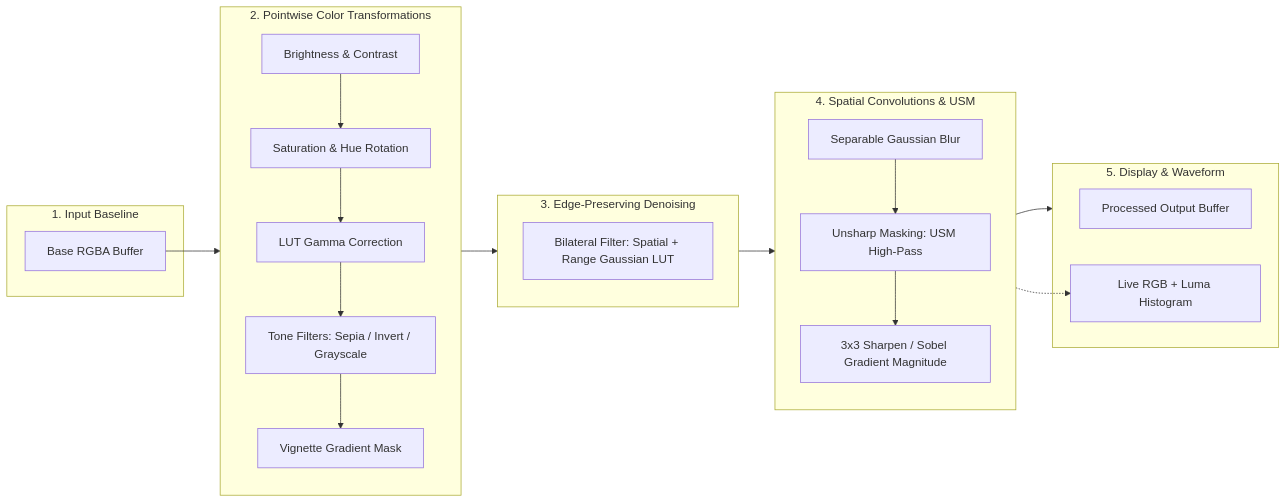
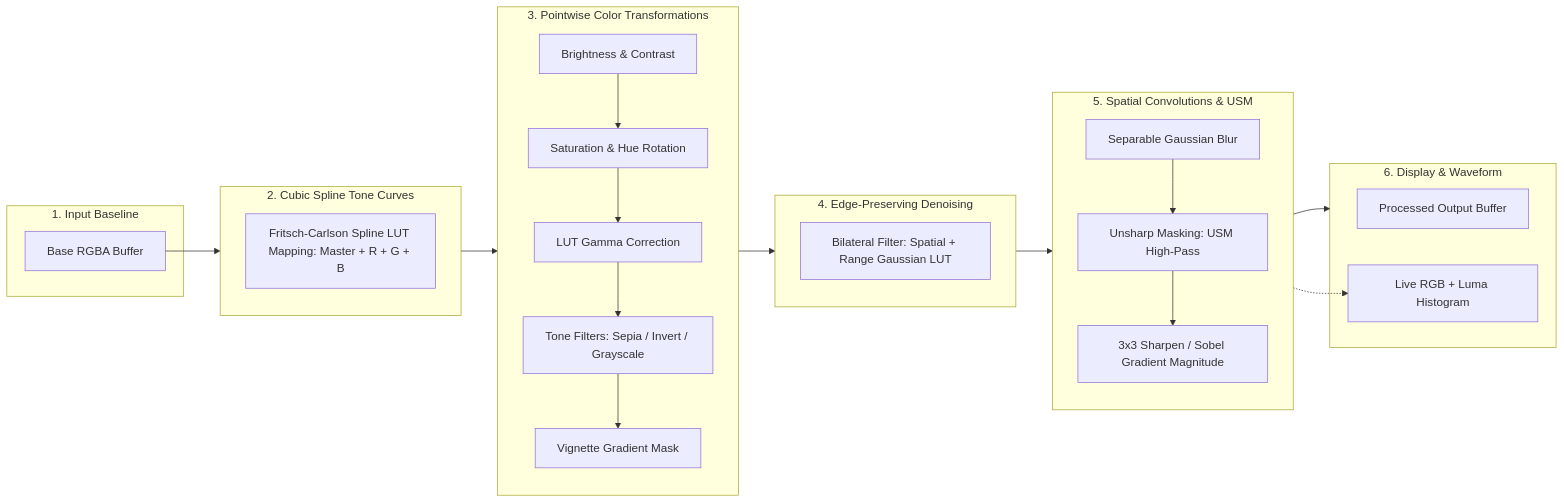
The third of 3 diagrams in README.md (faizan-7890/RUST), drawn with Mermaid before and after one commit. The commit also changed other lines of this file, not shown here.

Commit message:
docs: document monotone cubic spline tone curve engine, mathematical formulas, and benchmarks

````diff
--- a/README.md
+++ b/README.md
@@ -92,33 +96,38 @@
 ```mermaid
 flowchart LR
     subgraph Input_Stage["1. Input Baseline"]
         A[Base RGBA Buffer]
     end
 
-    subgraph Color_Stage["2. Pointwise Color Transformations"]
-        B[Brightness & Contrast] --> C[Saturation & Hue Rotation]
-        C --> D[LUT Gamma Correction]
-        D --> E[Tone Filters: Sepia / Invert / Grayscale]
-        E --> F[Vignette Gradient Mask]
+    subgraph Tone_Curve_Stage["2. Cubic Spline Tone Curves"]
+        B[Fritsch-Carlson Spline LUT Mapping: Master + R + G + B]
     end
 
-    subgraph Edge_Preserving_Stage["3. Edge-Preserving Denoising"]
-        G[Bilateral Filter: Spatial + Range Gaussian LUT]
+    subgraph Color_Stage["3. Pointwise Color Transformations"]
+        C[Brightness & Contrast] --> D[Saturation & Hue Rotation]
+        D --> E[LUT Gamma Correction]
+        E --> F[Tone Filters: Sepia / Invert / Grayscale]
+        F --> G[Vignette Gradient Mask]
     end
 
-    subgraph Spatial_Stage["4. Spatial Convolutions & USM"]
-        H[Separable Gaussian Blur] --> I[Unsharp Masking: USM High-Pass]
-        I --> J[3x3 Sharpen / Sobel Gradient Magnitude]
+    subgraph Edge_Preserving_Stage["4. Edge-Preserving Denoising"]
+        H[Bilateral Filter: Spatial + Range Gaussian LUT]
     end
 
-    subgraph Output_Stage["5. Display & Waveform"]
-        K[Processed Output Buffer]
-        L[Live RGB + Luma Histogram]
+    subgraph Spatial_Stage["5. Spatial Convolutions & USM"]
+        I[Separable Gaussian Blur] --> J[Unsharp Masking: USM High-Pass]
+        J --> K[3x3 Sharpen / Sobel Gradient Magnitude]
     end
 
-    A --> Color_Stage
+    subgraph Output_Stage["6. Display & Waveform"]
+        L[Processed Output Buffer]
+        M[Live RGB + Luma Histogram]
+    end
+
+    A --> Tone_Curve_Stage
+    Tone_Curve_Stage --> Color_Stage
     Color_Stage --> Edge_Preserving_Stage
     Edge_Preserving_Stage --> Spatial_Stage
     Spatial_Stage --> Output_Stage
-    Spatial_Stage -.-> L
+    Spatial_Stage -.-> M
 ```
````
